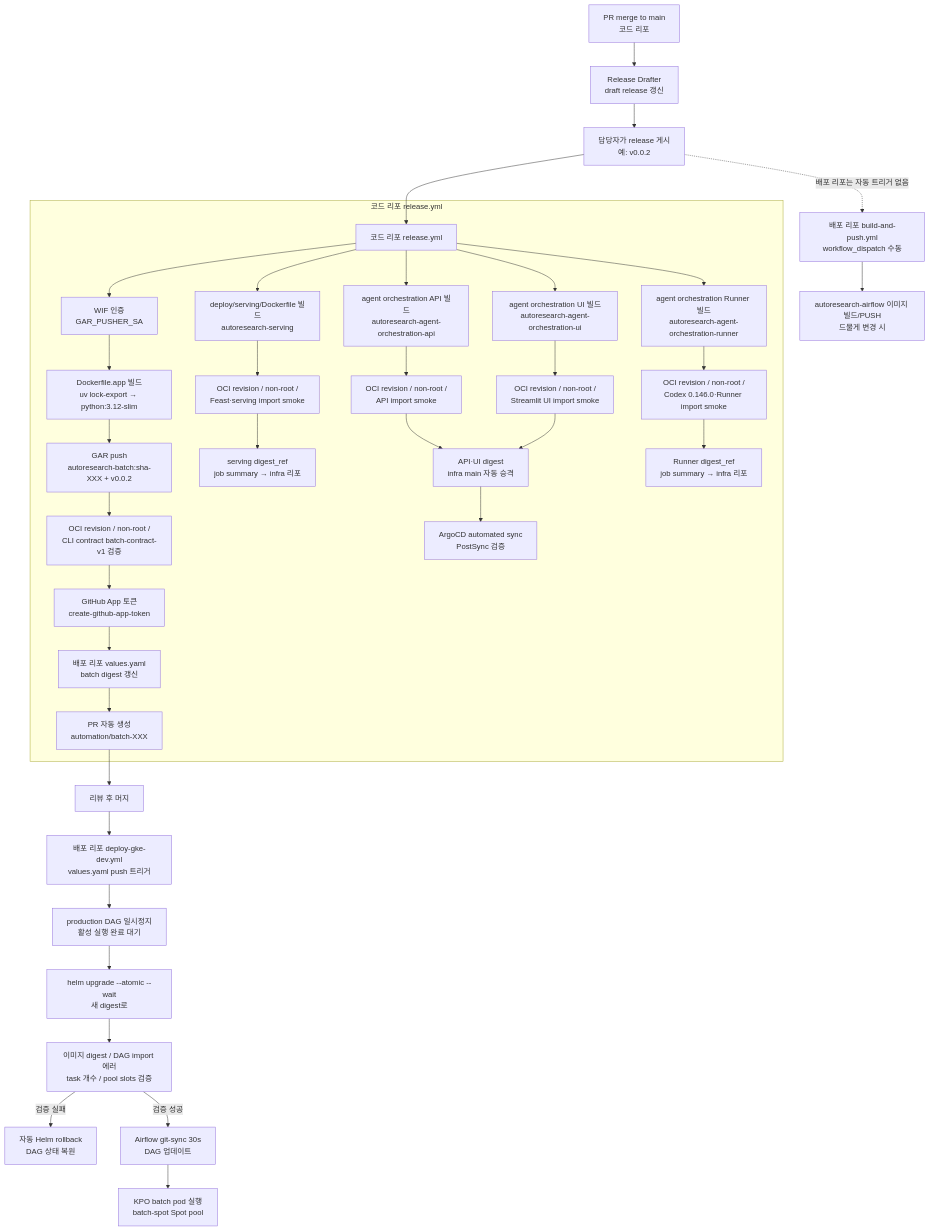
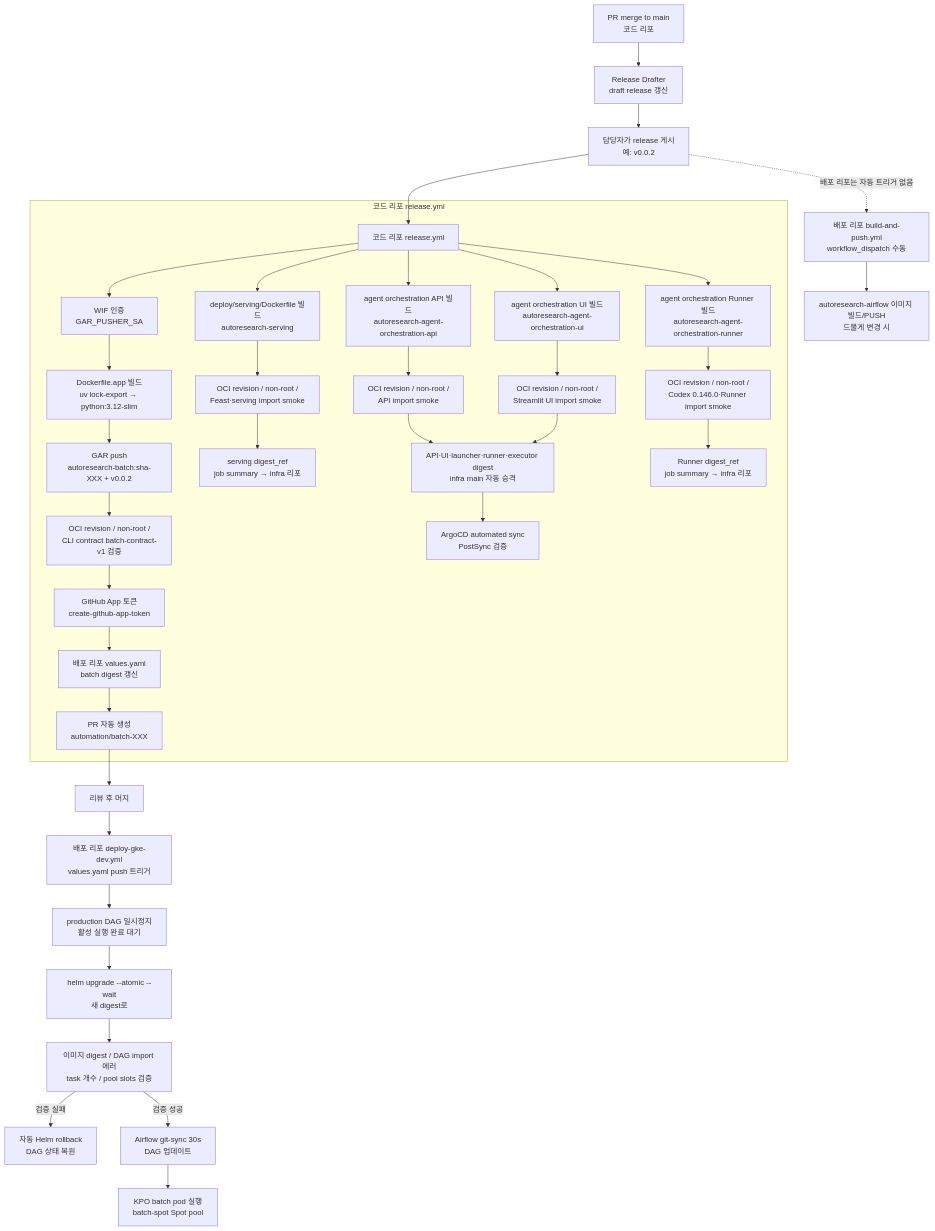
Before and after one commit to SKYAHO/Autoresearch: the diagram in docs/guides/release-pipeline.md, drawn with Mermaid. The commit also changed other lines of this file and 4 other files, not shown here.

Commit message:
feat: executor digest를 infra 자동 승격에 포함한다

````diff
--- a/docs/guides/release-pipeline.md
+++ b/docs/guides/release-pipeline.md
@@ -24,41 +24,41 @@
 ```mermaid
 flowchart TD
     PR[PR merge to main<br/>코드 리포] --> RD[Release Drafter<br/>draft release 갱신]
     RD --> PUB[담당자가 release 게시<br/>예: v0.0.2]
     PUB --> RY[코드 리포 release.yml]
 
     subgraph 코드 리포 release.yml
         RY --> WIF1[WIF 인증<br/>GAR_PUSHER_SA]
         WIF1 --> BUILD[Dockerfile.app 빌드<br/>uv lock-export → python:3.12-slim]
         BUILD --> PUSH1[GAR push<br/>autoresearch-batch:sha-XXX + v0.0.2]
         PUSH1 --> VERIFY[OCI revision / non-root /<br/>CLI contract batch-contract-v1 검증]
         VERIFY --> APP[GitHub App 토큰<br/>create-github-app-token]
         APP --> PROMO[배포 리포 values.yaml<br/>batch digest 갱신]
         PROMO --> PRAUTO[PR 자동 생성<br/>automation/batch-XXX]
         RY --> SERVING[deploy/serving/Dockerfile 빌드<br/>autoresearch-serving]
         SERVING --> SVERIFY[OCI revision / non-root /<br/>Feast·serving import smoke]
         SVERIFY --> SSUMMARY[serving digest_ref<br/>job summary → infra 리포]
         RY --> ORCHAPI[agent orchestration API 빌드<br/>autoresearch-agent-orchestration-api]
         ORCHAPI --> ORCHAPIVERIFY[OCI revision / non-root /<br/>API import smoke]
-        ORCHAPIVERIFY --> ORCHPROMOTE[API·UI digest<br/>infra main 자동 승격]
+        ORCHAPIVERIFY --> ORCHPROMOTE[API·UI·launcher·runner·executor digest<br/>infra main 자동 승격]
         RY --> ORCHRUNNER[agent orchestration Runner 빌드<br/>autoresearch-agent-orchestration-runner]
         ORCHRUNNER --> ORCHRUNNERVERIFY[OCI revision / non-root /<br/>Codex 0.146.0·Runner import smoke]
         ORCHRUNNERVERIFY --> ORCHRUNNERSUMMARY[Runner digest_ref<br/>job summary → infra 리포]
         RY --> ORCHUI[agent orchestration UI 빌드<br/>autoresearch-agent-orchestration-ui]
         ORCHUI --> ORCHUIVERIFY[OCI revision / non-root /<br/>Streamlit UI import smoke]
         ORCHUIVERIFY --> ORCHPROMOTE
         ORCHPROMOTE --> ARGOCD[ArgoCD automated sync<br/>PostSync 검증]
     end
 
     PRAUTO --> MERGE2[리뷰 후 머지]
     MERGE2 --> DEPLOY[배포 리포 deploy-gke-dev.yml<br/>values.yaml push 트리거]
     DEPLOY --> PAUSE[production DAG 일시정지<br/>활성 실행 완료 대기]
     PAUSE --> GKE[helm upgrade --atomic --wait<br/>새 digest로]
     GKE --> VERIFY2[이미지 digest / DAG import 에러<br/>task 개수 / pool slots 검증]
     VERIFY2 -->|검증 실패| ROLLBACK[자동 Helm rollback<br/>DAG 상태 복원]
     VERIFY2 -->|검증 성공| GITSYNC[Airflow git-sync 30s<br/>DAG 업데이트]
     GITSYNC --> KPO[KPO batch pod 실행<br/>batch-spot Spot pool]
 
     PUB -.->|배포 리포는 자동 트리거 없음| BAP[배포 리포 build-and-push.yml<br/>workflow_dispatch 수동]
     BAP --> AIRFLOW[autoresearch-airflow 이미지 빌드/PUSH<br/>드물게 변경 시]
 ```
````
